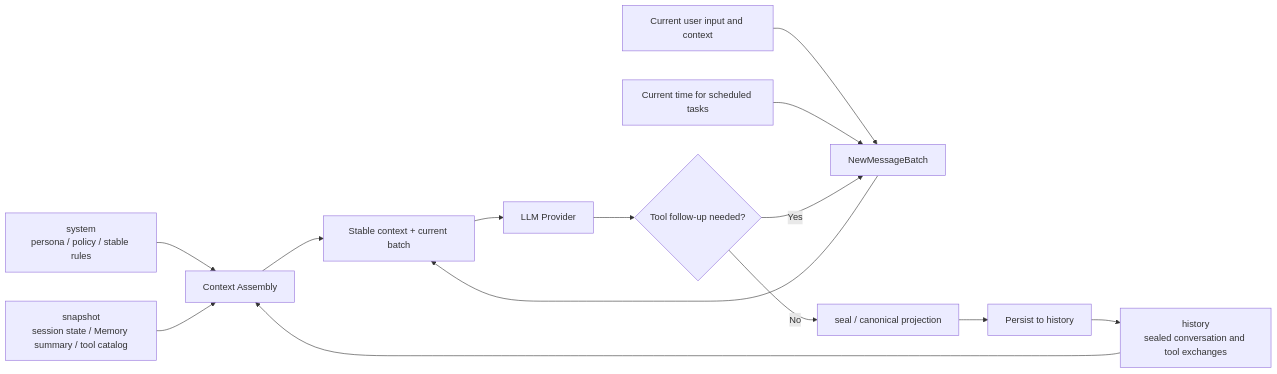
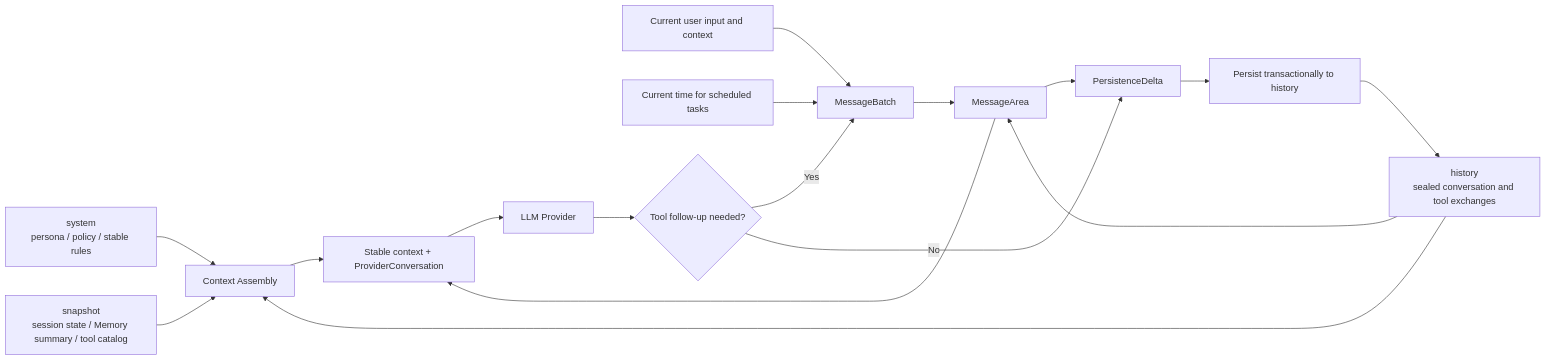
Before and after one commit to Coffeiz/Gugu-web: the second of 2 diagrams in README_en.md, drawn with Mermaid. The commit also changed other lines of this file and 684 other files, not shown here.

````diff
--- a/README_en.md
+++ b/README_en.md
@@ -326,16 +323,19 @@
 ```mermaid
 flowchart LR
     S[system<br/>persona / policy / stable rules] --> C[Context Assembly]
     P[snapshot<br/>session state / Memory summary / tool catalog] --> C
     H[history<br/>sealed conversation and tool exchanges] --> C
-    I[Current user input and context] --> B[NewMessageBatch]
-    C --> R[Stable context + current batch]
-    B --> R
+    I[Current user input and context] --> B[MessageBatch]
+    H --> A[MessageArea]
+    B --> A
+    C --> R[Stable context + ProviderConversation]
+    A --> R
     R --> L[LLM Provider]
     T[Current time for scheduled tasks] --> B
     L --> Q{Tool follow-up needed?}
     Q -- Yes --> B
-    Q -- No --> K[seal / canonical projection]
-    K --> H2[Persist to history]
+    Q -- No --> D[PersistenceDelta]
+    A --> D
+    D --> H2[Persist transactionally to history]
     H2 --> H
 ```
````
